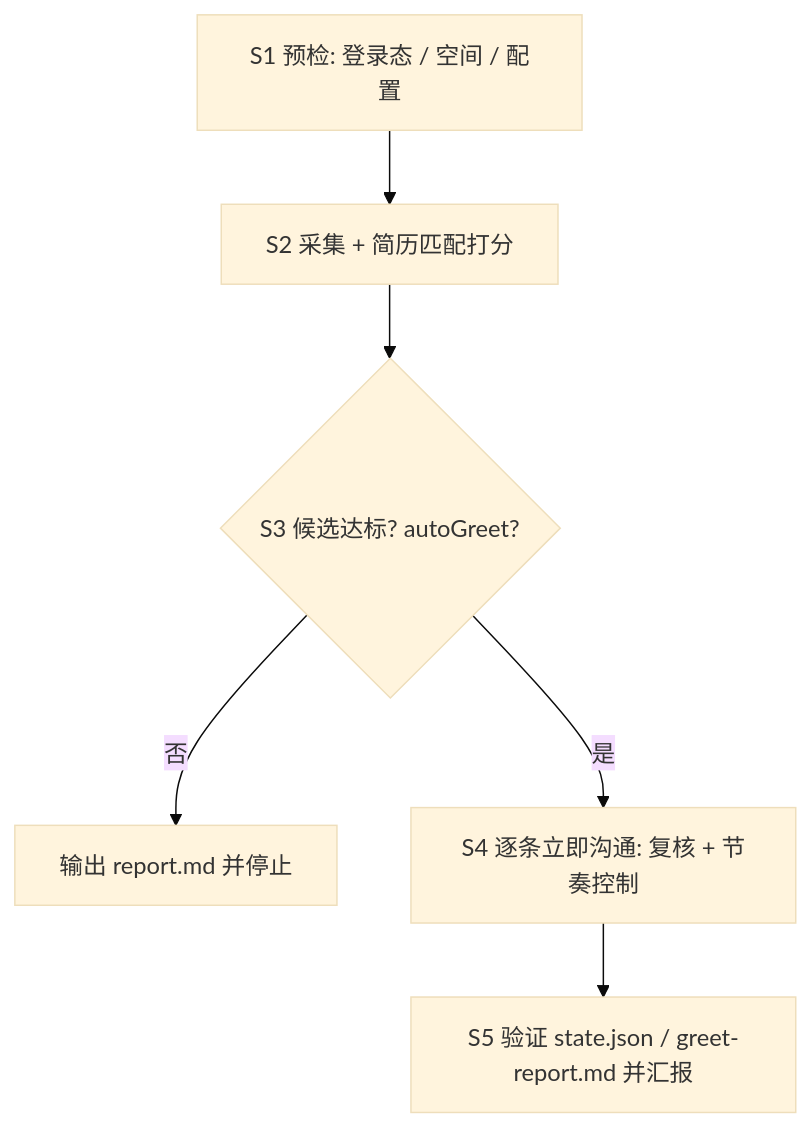
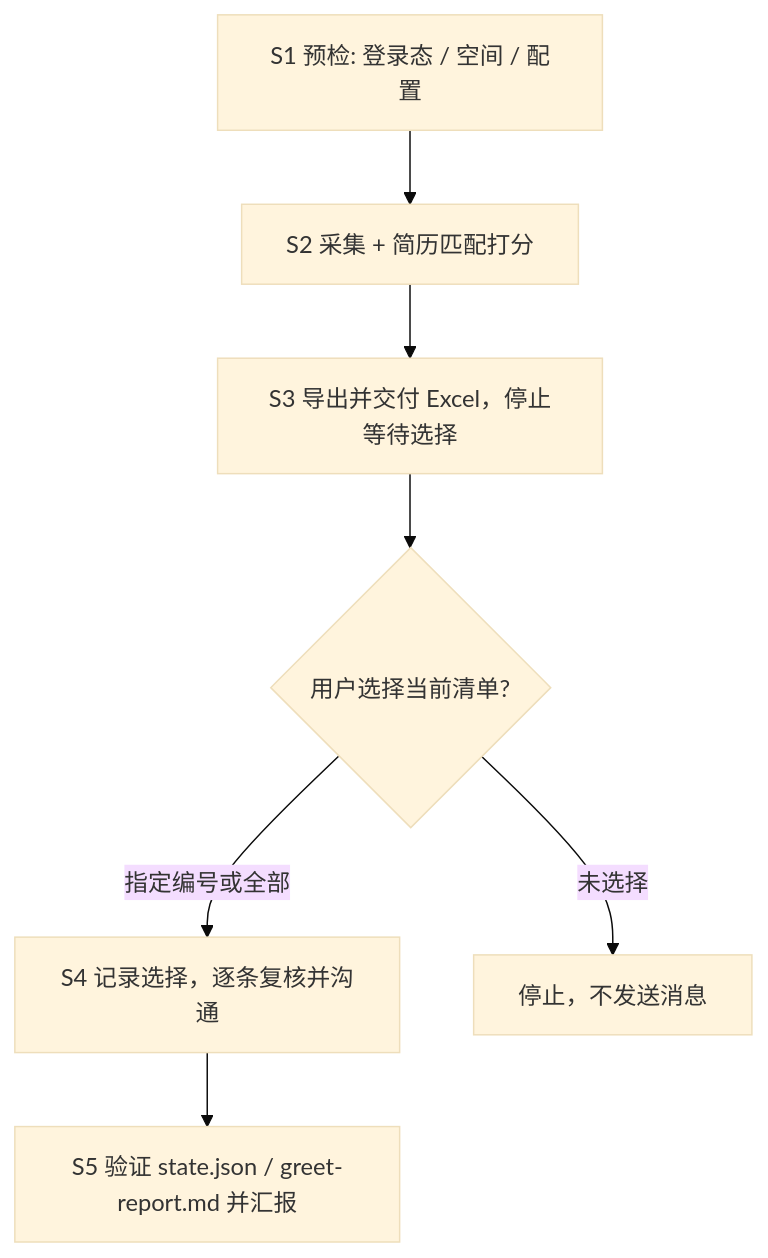
Before and after one commit to NieAnSHOW/boss-job-hunter: the diagram in skills/boss-ai-job-hunter/SKILL.md, drawn with Mermaid (base theme). The commit also changed other lines of this file and 13 other files, not shown here.

````diff
--- a/skills/boss-ai-job-hunter/SKILL.md
+++ b/skills/boss-ai-job-hunter/SKILL.md
@@ -35,8 +40,9 @@
 ```mermaid
 graph TD
     S1[S1 预检: 登录态 / 空间 / 配置] --> S2[S2 采集 + 简历匹配打分]
-    S2 --> S3{S3 候选达标? autoGreet?}
-    S3 -->|否| OUT[输出 report.md 并停止]
-    S3 -->|是| S4[S4 逐条立即沟通: 复核 + 节奏控制]
+    S2 --> S3[S3 导出并交付 Excel，停止等待选择]
+    S3 --> PICK{用户选择当前清单?}
+    PICK -->|指定编号或全部| S4[S4 记录选择，逐条复核并沟通]
+    PICK -->|未选择| OUT[停止，不发送消息]
     S4 --> S5[S5 验证 state.json / greet-report.md 并汇报]
 ```
````
